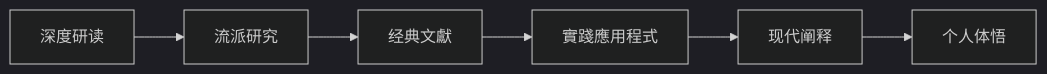
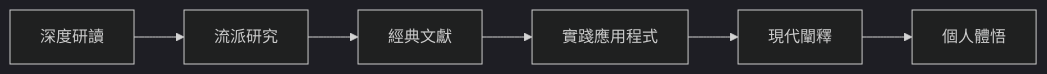
Before and after one commit to kmjade/knowledge-value: the fourth of 5 diagrams in 3 Resources/04-Interests/易学/易学知识库导航.md, drawn with Mermaid (dark theme). The commit also changed other lines of this file and 49 other files, not shown here.

````diff
--- a/3 Resources/04-Interests/易学/易学知识库导航.md
+++ b/3 Resources/04-Interests/易学/易学知识库导航.md
@@ -119,8 +109,8 @@
 ```mermaid
 graph LR
-    A[深度研读] --> B[流派研究]
-    B --> C[经典文獻]
+    A[深度研讀] --> B[流派研究]
+    B --> C[經典文獻]
     C --> D[實踐應用程式]
-    D --> E[现代阐释]
-    E --> F[个人体悟]
+    D --> E[現代闡釋]
+    E --> F[個人體悟]
 ```
````
